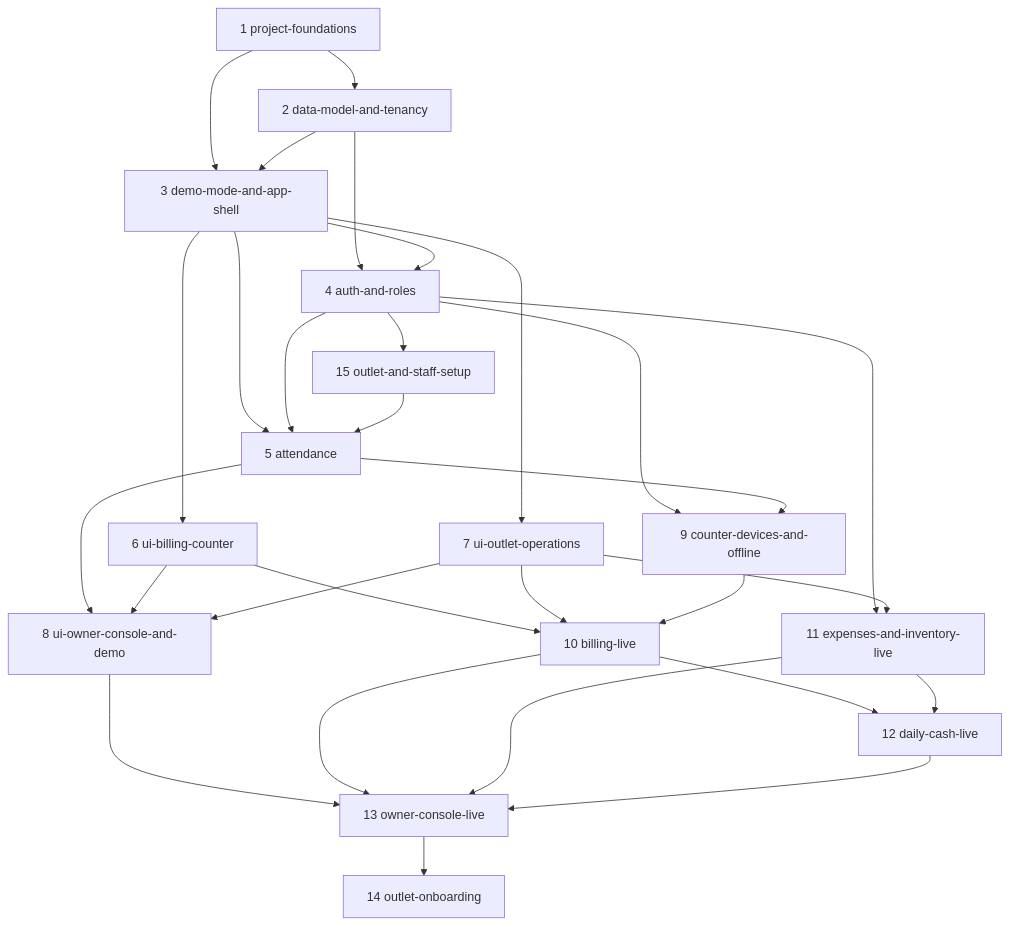
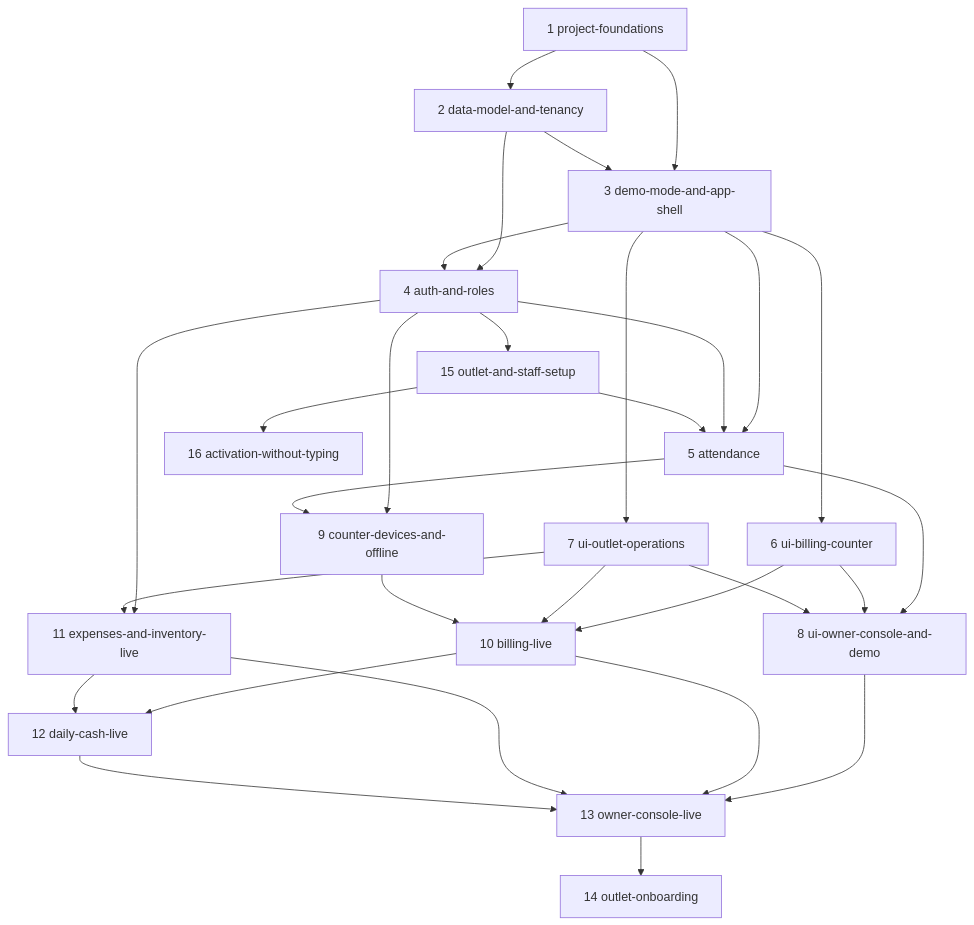
One commit to abdatta/shawarmania-ops changed the diagram in openspec/changes/ROADMAP.md. Above: the diagram before and after it, drawn with Mermaid. The commit also changed other lines of this file and 54 other files, not shown here.

````diff
--- a/openspec/changes/ROADMAP.md
+++ b/openspec/changes/ROADMAP.md
@@ -79,31 +80,32 @@
 ```mermaid
 graph TD
     C1[1 project-foundations] --> C2[2 data-model-and-tenancy]
     C1 --> C3[3 demo-mode-and-app-shell]
     C2 --> C3
     C2 --> C4[4 auth-and-roles]
     C3 --> C4
     C3 --> C5[5 attendance]
     C4 --> C5
     C4 --> C15[15 outlet-and-staff-setup]
     C15 --> C5
+    C15 --> C16[16 activation-without-typing]
     C3 --> C6[6 ui-billing-counter]
     C3 --> C7[7 ui-outlet-operations]
     C5 --> C8[8 ui-owner-console-and-demo]
     C6 --> C8
     C7 --> C8
     C4 --> C9[9 counter-devices-and-offline]
     C5 --> C9
     C6 --> C10[10 billing-live]
     C7 --> C10
     C9 --> C10
     C4 --> C11[11 expenses-and-inventory-live]
     C7 --> C11
     C10 --> C12[12 daily-cash-live]
     C11 --> C12
     C8 --> C13[13 owner-console-live]
     C10 --> C13
     C11 --> C13
     C12 --> C13
     C13 --> C14[14 outlet-onboarding]
 ```
````
